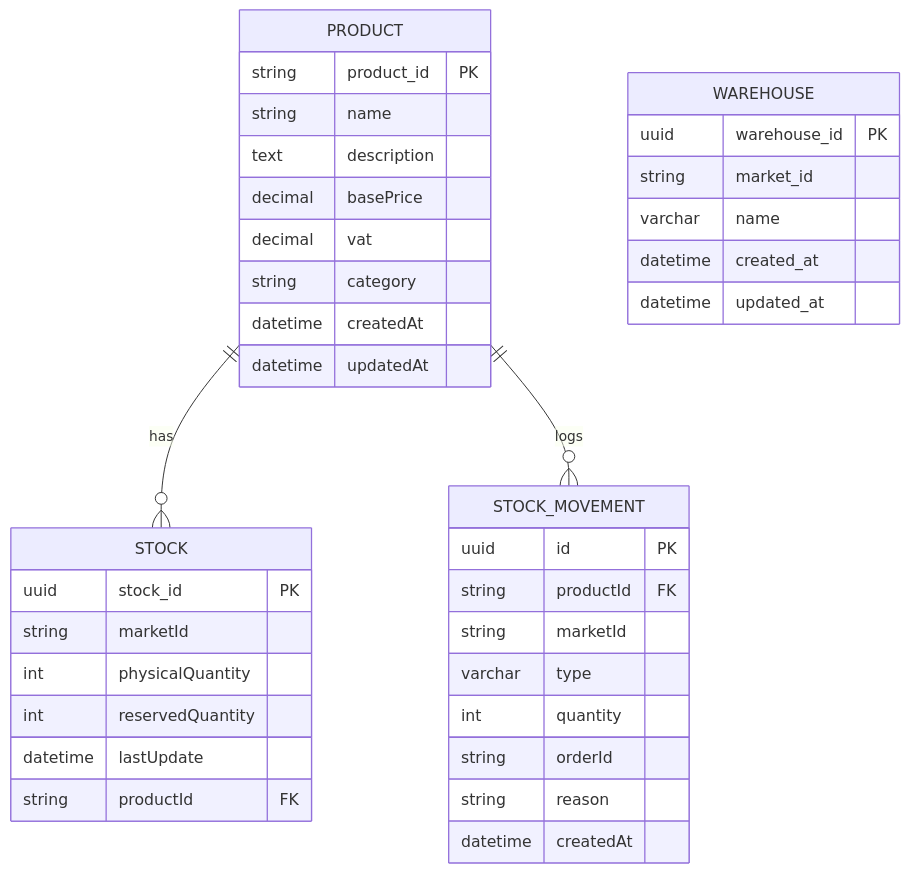
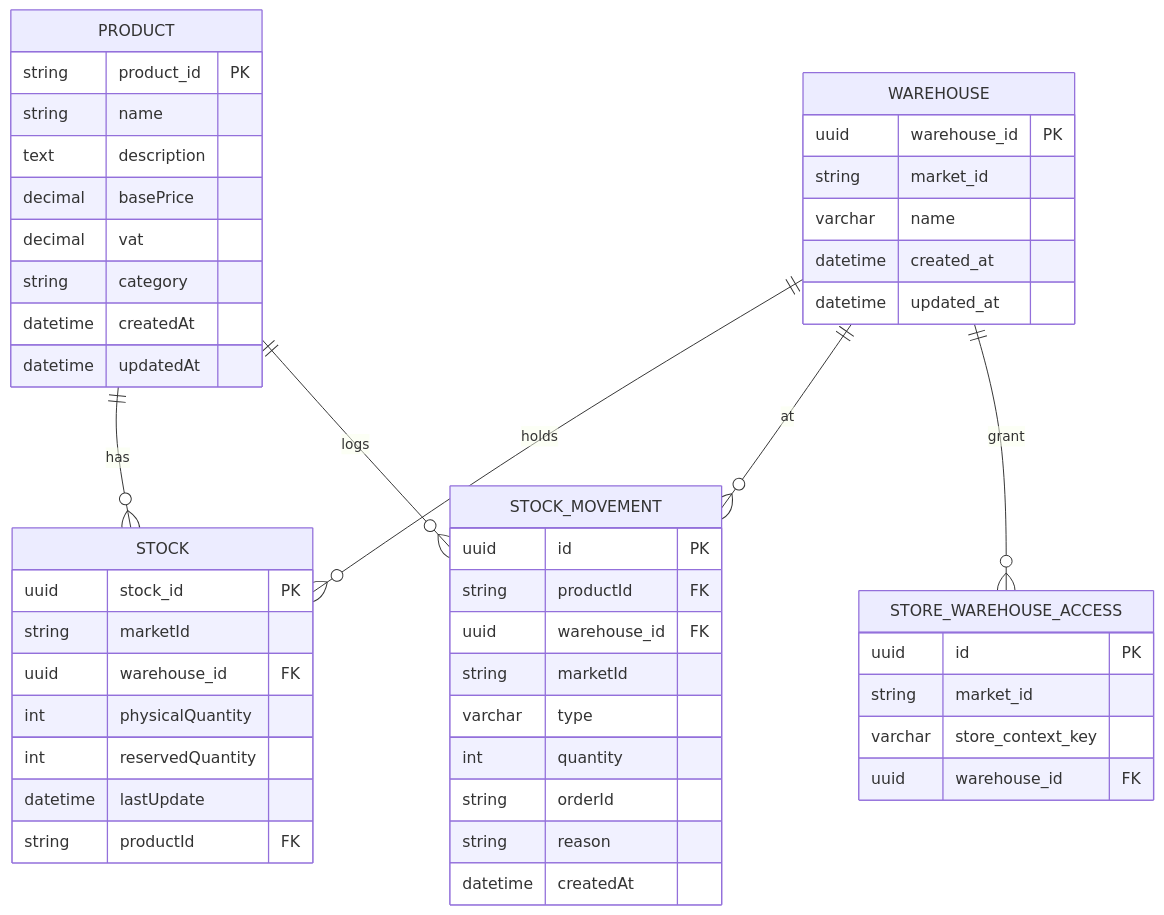
The second of 3 diagrams in docs/database-er-diagrams.md (livro1992/retail-system), drawn with Mermaid before and after one commit. The commit also changed other lines of this file and 29 other files, not shown here.

````diff
--- a/docs/database-er-diagrams.md
+++ b/docs/database-er-diagrams.md
@@ -39,41 +42,52 @@
 ```mermaid
 erDiagram
     PRODUCT {
         string product_id PK
         string name
         text description
         decimal basePrice
         decimal vat
         string category
         datetime createdAt
         datetime updatedAt
     }
     STOCK {
         uuid stock_id PK
         string marketId
+        uuid warehouse_id FK
         int physicalQuantity
         int reservedQuantity
         datetime lastUpdate
         string productId FK
     }
     STOCK_MOVEMENT {
         uuid id PK
         string productId FK
+        uuid warehouse_id FK
         string marketId
         varchar type
         int quantity
         string orderId
         string reason
         datetime createdAt
     }
     WAREHOUSE {
         uuid warehouse_id PK
         string market_id
         varchar name
         datetime created_at
         datetime updated_at
     }
+    STORE_WAREHOUSE_ACCESS {
+        uuid id PK
+        string market_id
+        varchar store_context_key
+        uuid warehouse_id FK
+    }
 
+    WAREHOUSE ||--o{ STOCK : holds
+    WAREHOUSE ||--o{ STOCK_MOVEMENT : at
+    WAREHOUSE ||--o{ STORE_WAREHOUSE_ACCESS : grant
     PRODUCT ||--o{ STOCK : has
     PRODUCT ||--o{ STOCK_MOVEMENT : logs
 ```
````
